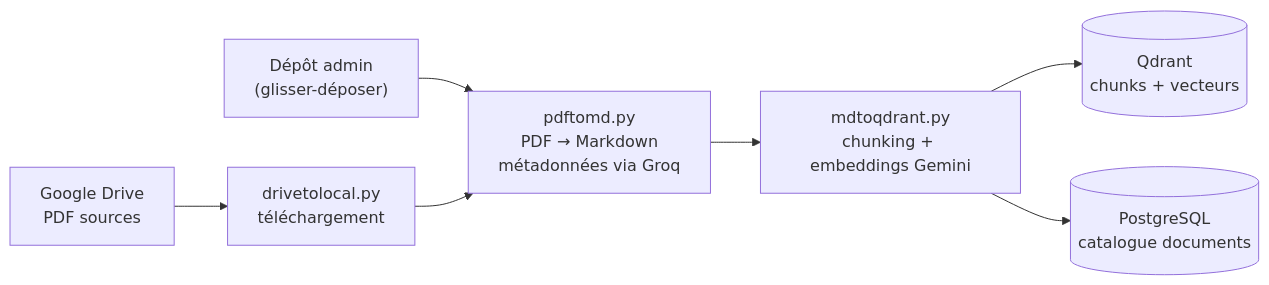
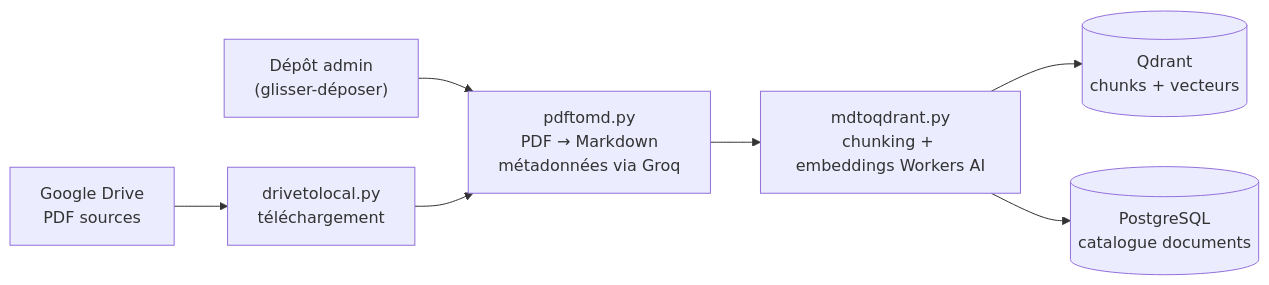
The third of 4 diagrams in docs/architecture.md (KioshiEagle/tngpt), drawn with Mermaid before and after one commit. The commit also changed other lines of this file and 2 other files, not shown here.

Commit message:
Mise à jour de la documentation : remplacement des références à Gemini par Cloudflare Workers AI pour les embeddings, ajout des variables d'environnement nécessaires.

````diff
--- a/docs/architecture.md
+++ b/docs/architecture.md
@@ -116,9 +116,9 @@
 ```mermaid
 flowchart LR
     G["Dépôt admin<br/>(glisser-déposer)"] --> C
     A["Google Drive<br/>PDF sources"] --> B["drivetolocal.py<br/>téléchargement"]
     B --> C["pdftomd.py<br/>PDF → Markdown<br/>métadonnées via Groq"]
-    C --> D["mdtoqdrant.py<br/>chunking + embeddings Gemini"]
+    C --> D["mdtoqdrant.py<br/>chunking + embeddings Workers AI"]
     D --> E[("Qdrant<br/>chunks + vecteurs")]
     D --> F[("PostgreSQL<br/>catalogue documents")]
 ```
````
